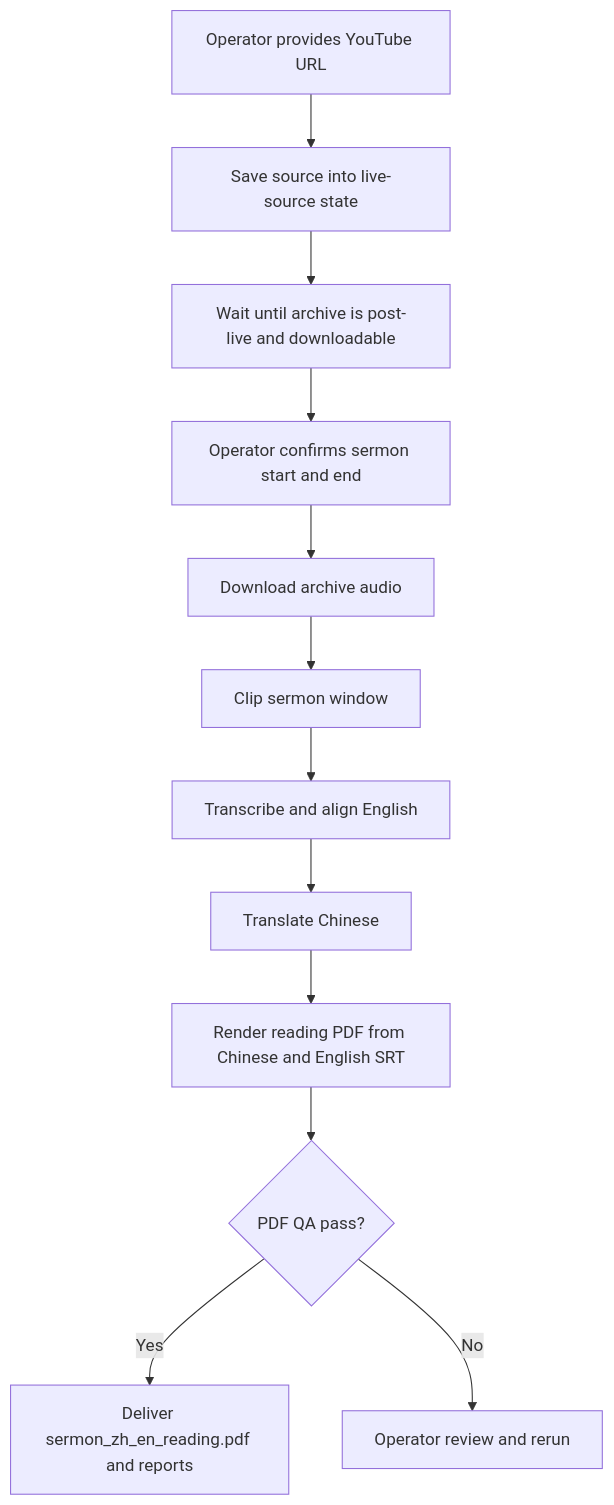
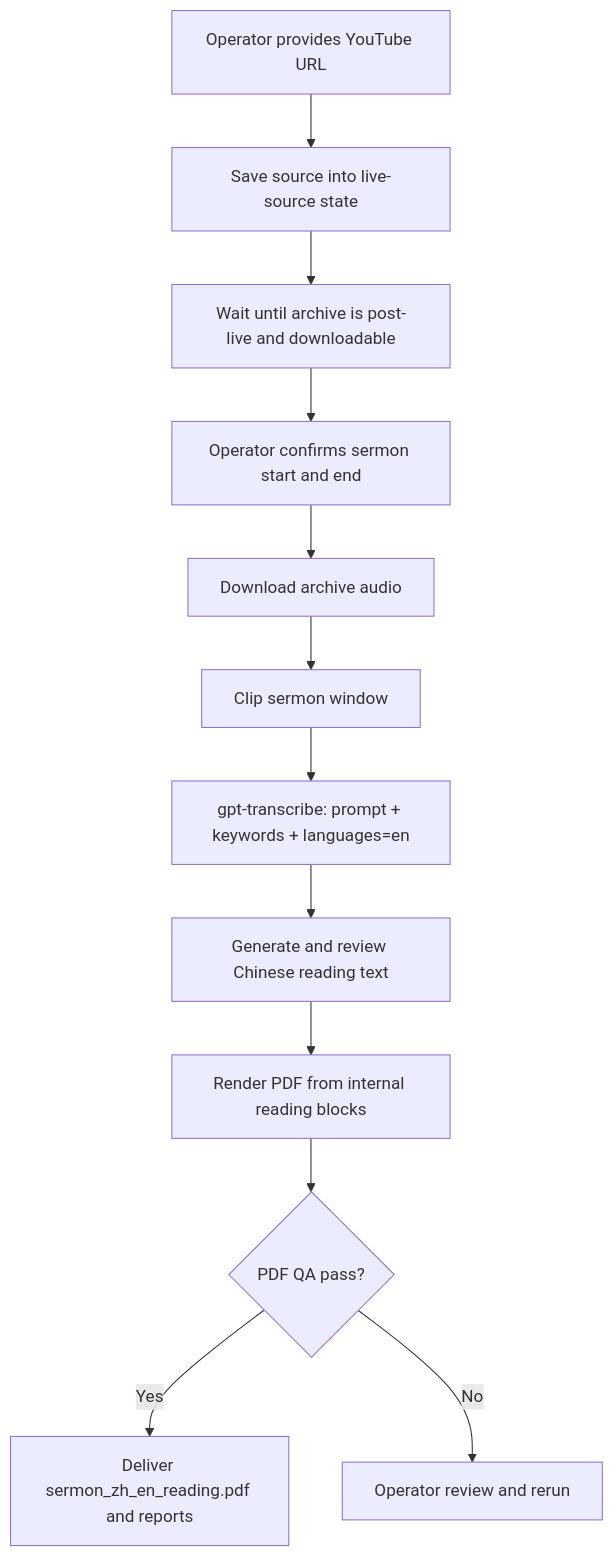
Before and after one commit to JonathanJing/sermon-video-zh-subtitles: the diagram in docs/stable-post-live-reading-pdf-workflow.md, drawn with Mermaid. The commit also changed other lines of this file and 19 other files, not shown here.

Commit message:
Promote gpt-transcribe reading PDF workflow

````diff
--- a/docs/stable-post-live-reading-pdf-workflow.md
+++ b/docs/stable-post-live-reading-pdf-workflow.md
@@ -28,14 +28,14 @@
 ```mermaid
 flowchart TD
     A[Operator provides YouTube URL] --> B[Save source into live-source state]
     B --> C[Wait until archive is post-live and downloadable]
     C --> D[Operator confirms sermon start and end]
     D --> E[Download archive audio]
     E --> F[Clip sermon window]
-    F --> G[Transcribe and align English]
-    G --> H[Translate Chinese]
-    H --> I[Render reading PDF from Chinese and English SRT]
+    F --> G["gpt-transcribe: prompt + keywords + languages=en"]
+    G --> H[Generate and review Chinese reading text]
+    H --> I[Render PDF from internal reading blocks]
     I --> J{PDF QA pass?}
     J -- Yes --> K[Deliver sermon_zh_en_reading.pdf and reports]
     J -- No --> L[Operator review and rerun]
 ```
````
